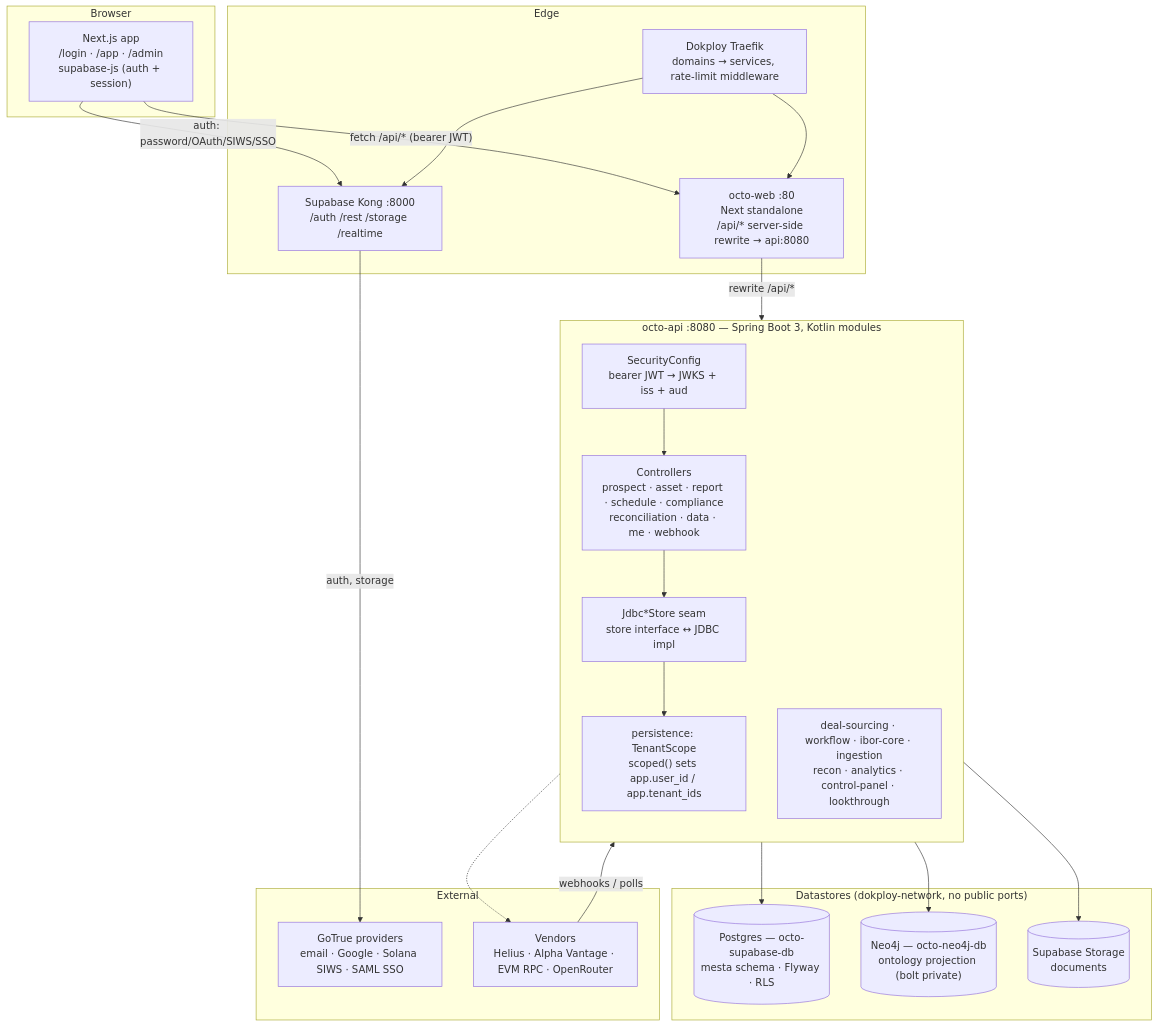
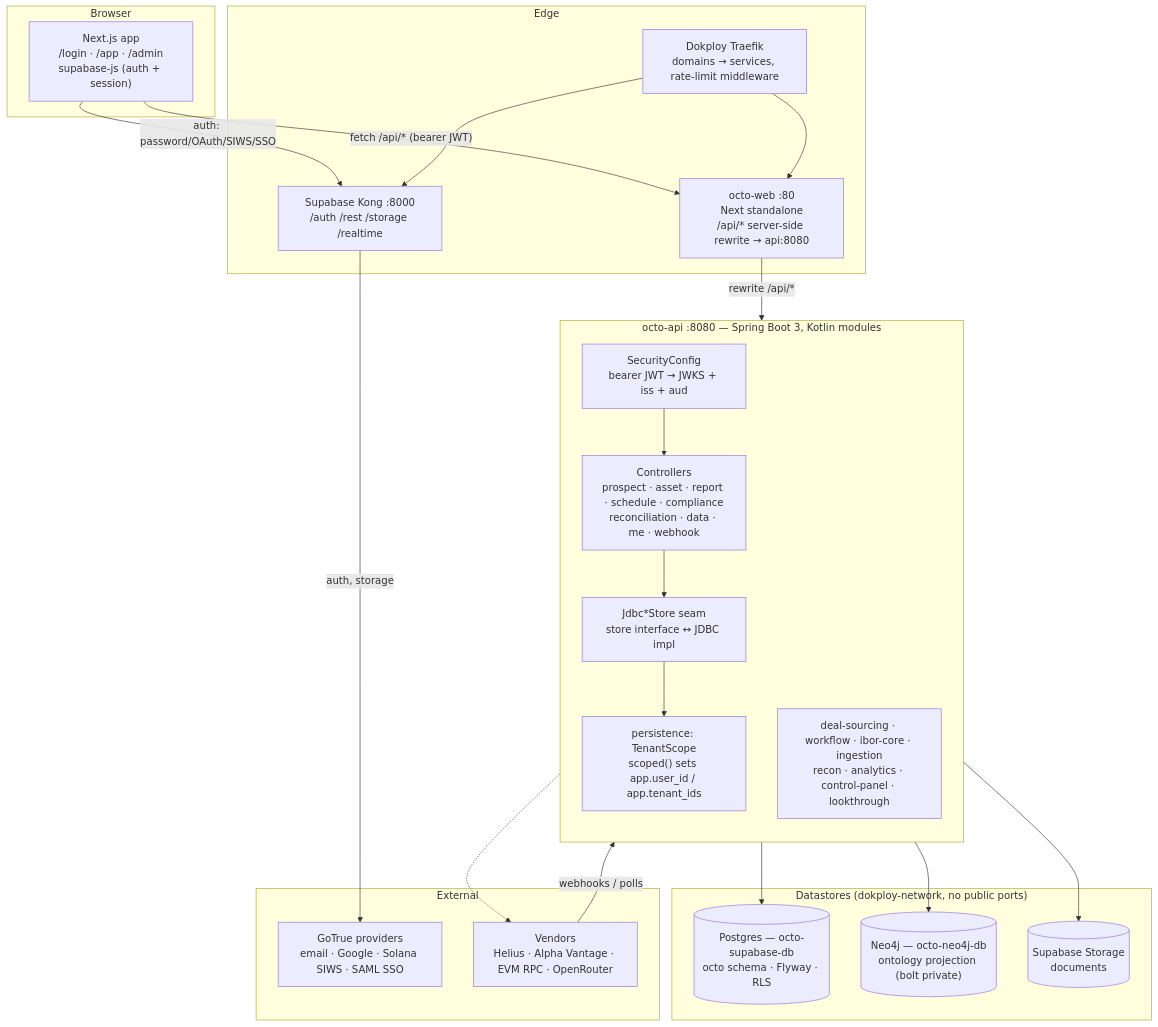
The first of 3 diagrams in docs/system-map.md (TANTIRA/OCTO), drawn with Mermaid before and after one commit. The commit also changed other lines of this file and 85 other files, not shown here.

First line of the commit message:
docs: fix schema name drift mesta→octo across all docs and comments

````diff
--- a/docs/system-map.md
+++ b/docs/system-map.md
@@ -11,45 +11,45 @@
 ```mermaid
 flowchart TB
     subgraph browser["Browser"]
         SPA["Next.js app<br/>/login · /app · /admin<br/>supabase-js (auth + session)"]
     end
 
     subgraph edge["Edge"]
         TRAEFIK["Dokploy Traefik<br/>domains → services, rate-limit middleware"]
         WEB["octo-web :80<br/>Next standalone<br/>/api/* server-side rewrite → api:8080"]
         KONG["Supabase Kong :8000<br/>/auth /rest /storage /realtime"]
     end
 
     subgraph api["octo-api :8080 — Spring Boot 3, Kotlin modules"]
         direction TB
         SEC["SecurityConfig<br/>bearer JWT → JWKS + iss + aud"]
         CTRL["Controllers<br/>prospect · asset · report · schedule · compliance<br/>reconciliation · data · me · webhook"]
         STORES["Jdbc*Store seam<br/>store interface ↔ JDBC impl"]
         SCOPE["persistence: TenantScope<br/>scoped() sets app.user_id / app.tenant_ids"]
         MODS["deal-sourcing · workflow · ibor-core · ingestion<br/>recon · analytics · control-panel · lookthrough"]
         SEC --> CTRL --> STORES --> SCOPE
     end
 
     subgraph data["Datastores (dokploy-network, no public ports)"]
-        PG[("Postgres — octo-supabase-db<br/>mesta schema · Flyway · RLS")]
+        PG[("Postgres — octo-supabase-db<br/>octo schema · Flyway · RLS")]
         NEO[("Neo4j — octo-neo4j-db<br/>ontology projection (bolt private)")]
         STOR[("Supabase Storage<br/>documents")]
     end
 
     subgraph ext["External"]
         IDP["GoTrue providers<br/>email · Google · Solana SIWS · SAML SSO"]
         VEND["Vendors<br/>Helius · Alpha Vantage · EVM RPC · OpenRouter"]
     end
 
     SPA -- "fetch /api/* (bearer JWT)" --> WEB
     SPA -- "auth: password/OAuth/SIWS/SSO" --> KONG
     TRAEFIK --> WEB
     TRAEFIK --> KONG
     WEB -->|"rewrite /api/*"| api
     KONG -->|"auth, storage"| IDP
     api --> PG
     api --> NEO
     api --> STOR
     VEND -->|"webhooks / polls"| api
     MODS -.-> VEND
 ```
````
